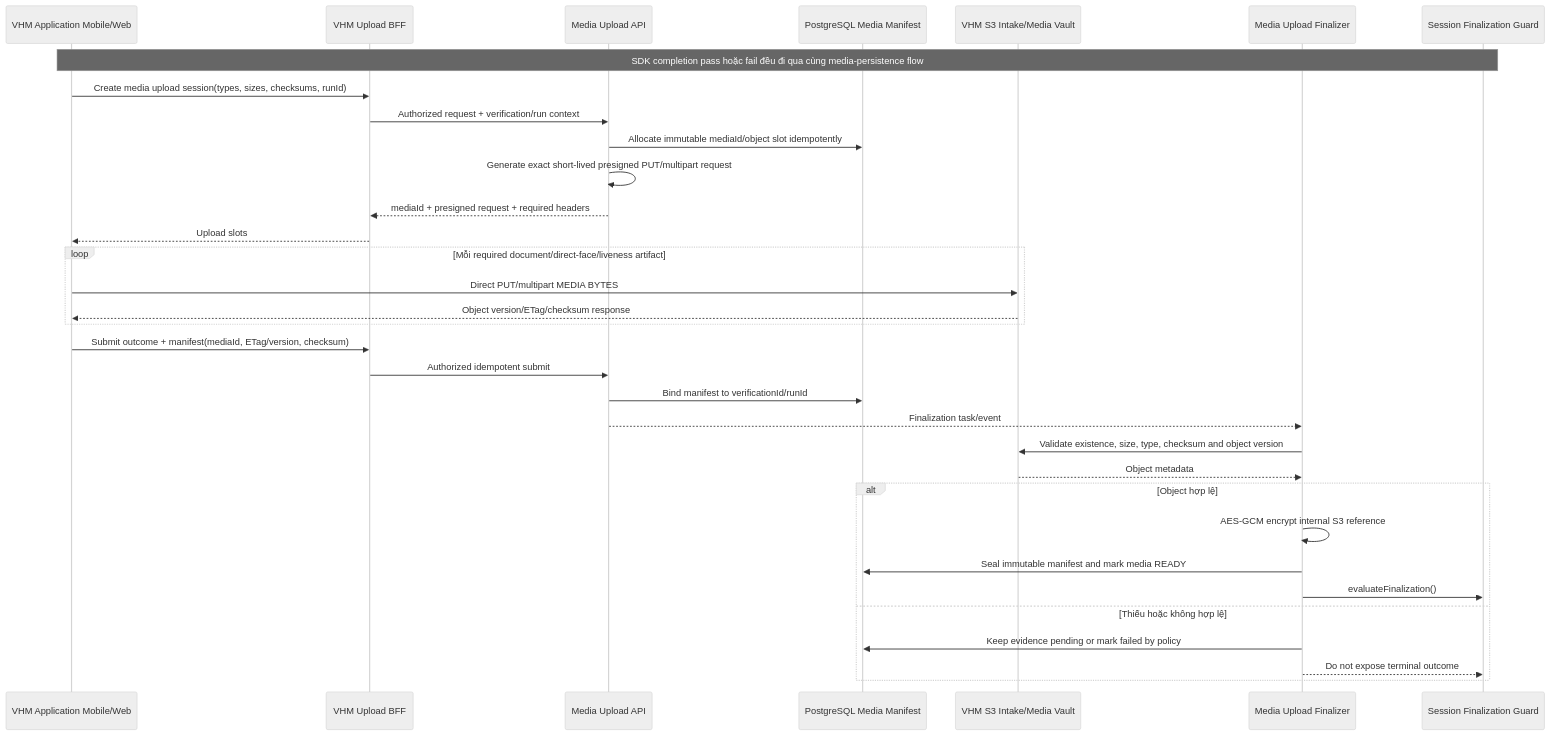
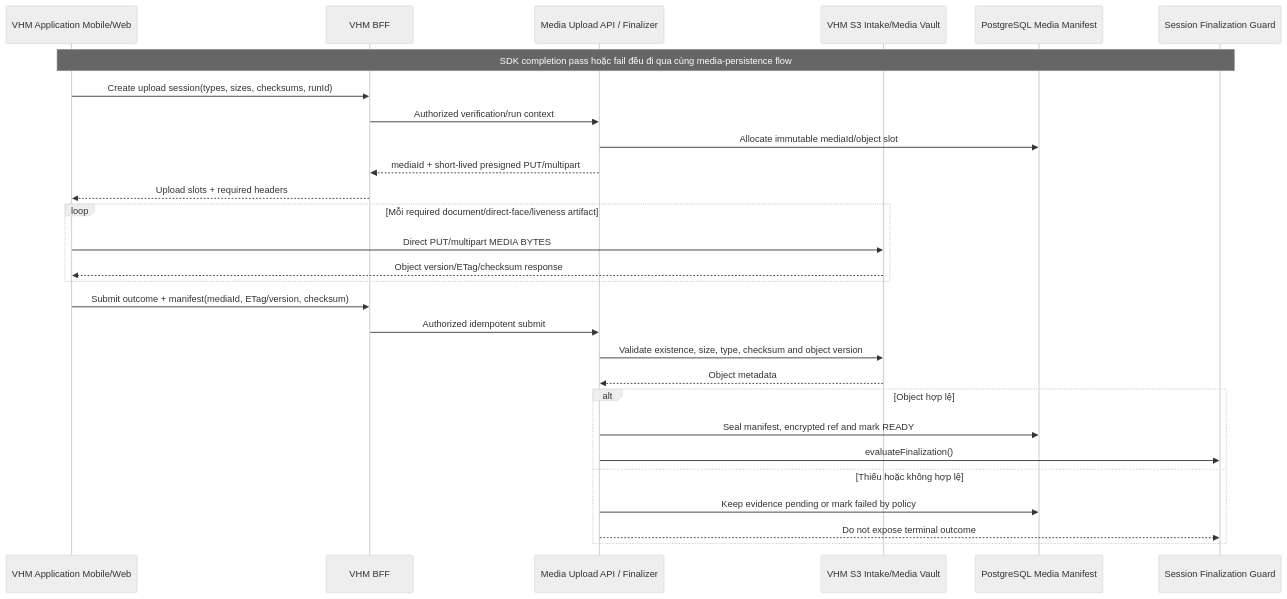
One commit to huynv-xyz/vhm changed the fourth of 19 diagrams in tdd2.md. Above: the diagram before and after it, drawn with Mermaid (neutral theme). The commit also changed other lines of this file, not shown here.

````diff
--- a/tdd2.md
+++ b/tdd2.md
@@ -569,36 +523,31 @@
 ```mermaid
 sequenceDiagram
     participant APP as VHM Application Mobile/Web
-    participant UPLOAD_BFF as VHM Upload BFF
-    participant UPLOAD as Media Upload API
+    participant BFF as VHM BFF
+    participant MEDIA as Media Upload API / Finalizer
+    participant S3 as VHM S3 Intake/Media Vault
     participant DB as PostgreSQL Media Manifest
-    participant S3 as VHM S3 Intake/Media Vault
-    participant FINALIZER as Media Upload Finalizer
     participant CORE as Session Finalization Guard
 
     Note over APP,CORE: SDK completion pass hoặc fail đều đi qua cùng media-persistence flow
-    APP->>UPLOAD_BFF: Create media upload session(types, sizes, checksums, runId)
-    UPLOAD_BFF->>UPLOAD: Authorized request + verification/run context
-    UPLOAD->>DB: Allocate immutable mediaId/object slot idempotently
-    UPLOAD->>UPLOAD: Generate exact short-lived presigned PUT/multipart request
-    UPLOAD-->>UPLOAD_BFF: mediaId + presigned request + required headers
-    UPLOAD_BFF-->>APP: Upload slots
+    APP->>BFF: Create upload session(types, sizes, checksums, runId)
+    BFF->>MEDIA: Authorized verification/run context
+    MEDIA->>DB: Allocate immutable mediaId/object slot
+    MEDIA-->>BFF: mediaId + short-lived presigned PUT/multipart
+    BFF-->>APP: Upload slots + required headers
     loop Mỗi required document/direct-face/liveness artifact
         APP->>S3: Direct PUT/multipart MEDIA BYTES
         S3-->>APP: Object version/ETag/checksum response
     end
-    APP->>UPLOAD_BFF: Submit outcome + manifest(mediaId, ETag/version, checksum)
-    UPLOAD_BFF->>UPLOAD: Authorized idempotent submit
-    UPLOAD->>DB: Bind manifest to verificationId/runId
-    UPLOAD-->>FINALIZER: Finalization task/event
-    FINALIZER->>S3: Validate existence, size, type, checksum and object version
-    S3-->>FINALIZER: Object metadata
+    APP->>BFF: Submit outcome + manifest(mediaId, ETag/version, checksum)
+    BFF->>MEDIA: Authorized idempotent submit
+    MEDIA->>S3: Validate existence, size, type, checksum and object version
+    S3-->>MEDIA: Object metadata
     alt Object hợp lệ
-        FINALIZER->>FINALIZER: AES-GCM encrypt internal S3 reference
-        FINALIZER->>DB: Seal immutable manifest and mark media READY
-        FINALIZER->>CORE: evaluateFinalization()
+        MEDIA->>DB: Seal manifest, encrypted ref and mark READY
+        MEDIA->>CORE: evaluateFinalization()
     else Thiếu hoặc không hợp lệ
-        FINALIZER->>DB: Keep evidence pending or mark failed by policy
-        FINALIZER-->>CORE: Do not expose terminal outcome
+        MEDIA->>DB: Keep evidence pending or mark failed by policy
+        MEDIA-->>CORE: Do not expose terminal outcome
     end
 ```
````
